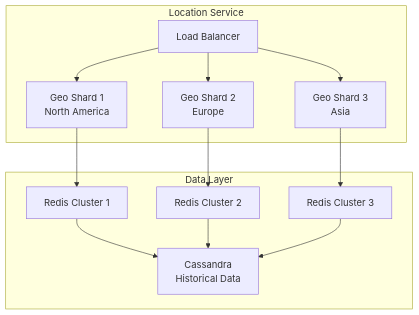
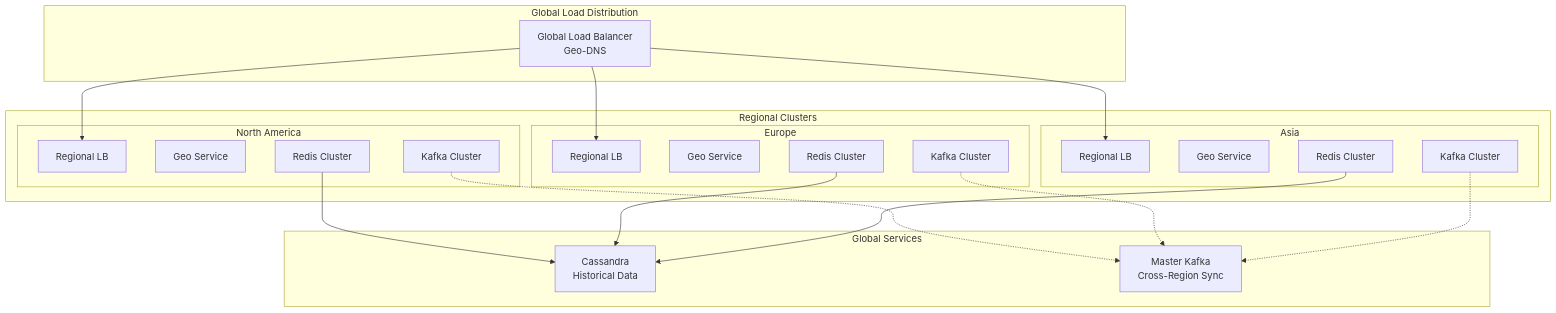
Before and after one commit to deepaucksharma/DStudio: the second of 10 diagrams in docs/case-studies/uber-location.md, drawn with Mermaid. The commit also changed other lines of this file and 15 other files, not shown here.

````diff
--- a/docs/case-studies/uber-location.md
+++ b/docs/case-studies/uber-location.md
@@ -49,24 +78,38 @@
 ```mermaid
 graph TB
-    subgraph "Location Service"
-        LB[Load Balancer]
-        GS1[Geo Shard 1<br/>North America]
-        GS2[Geo Shard 2<br/>Europe]
-        GS3[Geo Shard 3<br/>Asia]
+    subgraph "Global Load Distribution"
+        GLB[Global Load Balancer<br/>Geo-DNS]
     end
-
-    subgraph "Data Layer"
-        RC1[Redis Cluster 1]
-        RC2[Redis Cluster 2]
-        RC3[Redis Cluster 3]
+    
+    subgraph "Regional Clusters"
+        subgraph "North America"
+            LB1[Regional LB]
+            GS1[Geo Service]
+            RC1[Redis Cluster]
+            K1[Kafka Cluster]
+        end
+        
+        subgraph "Europe" 
+            LB2[Regional LB]
+            GS2[Geo Service]
+            RC2[Redis Cluster]
+            K2[Kafka Cluster]
+        end
+        
+        subgraph "Asia"
+            LB3[Regional LB]
+            GS3[Geo Service]
+            RC3[Redis Cluster]
+            K3[Kafka Cluster]
+        end
+    end
+    
+    subgraph "Global Services"
         CS[Cassandra<br/>Historical Data]
+        MK[Master Kafka<br/>Cross-Region Sync]
     end
-
-    LB --> GS1 --> RC1
-    LB --> GS2 --> RC2
-    LB --> GS3 --> RC3
-
-    RC1 --> CS
-    RC2 --> CS
-    RC3 --> CS
+    
+    GLB --> LB1 & LB2 & LB3
+    RC1 & RC2 & RC3 --> CS
+    K1 & K2 & K3 -.-> MK
 ```
````
